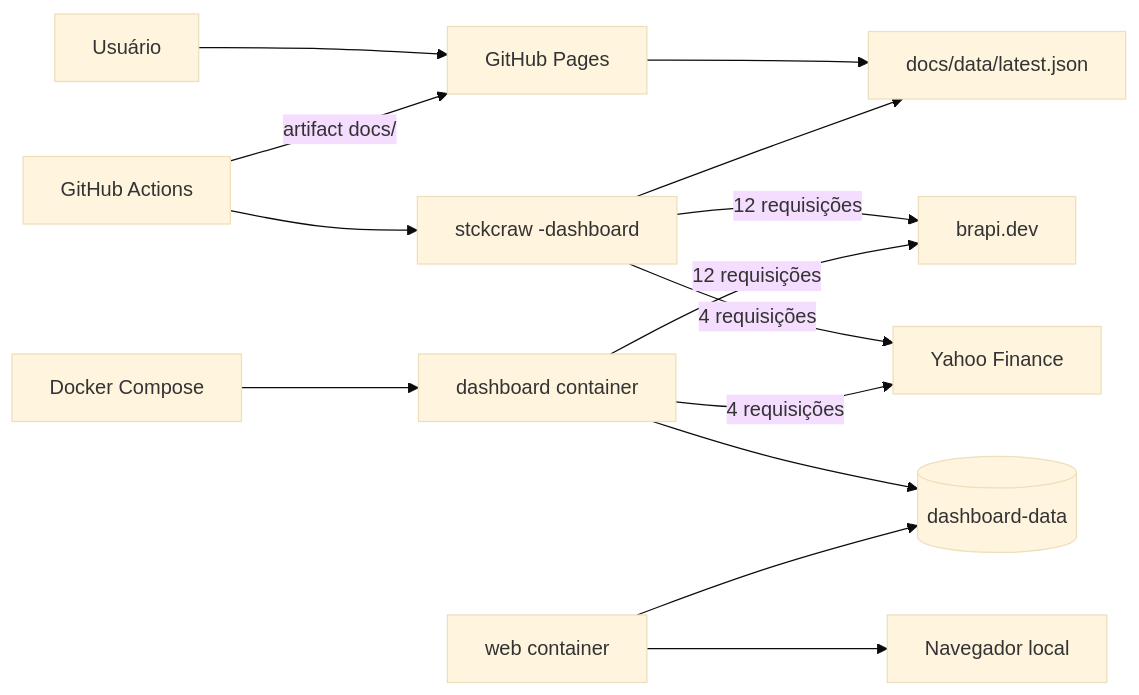
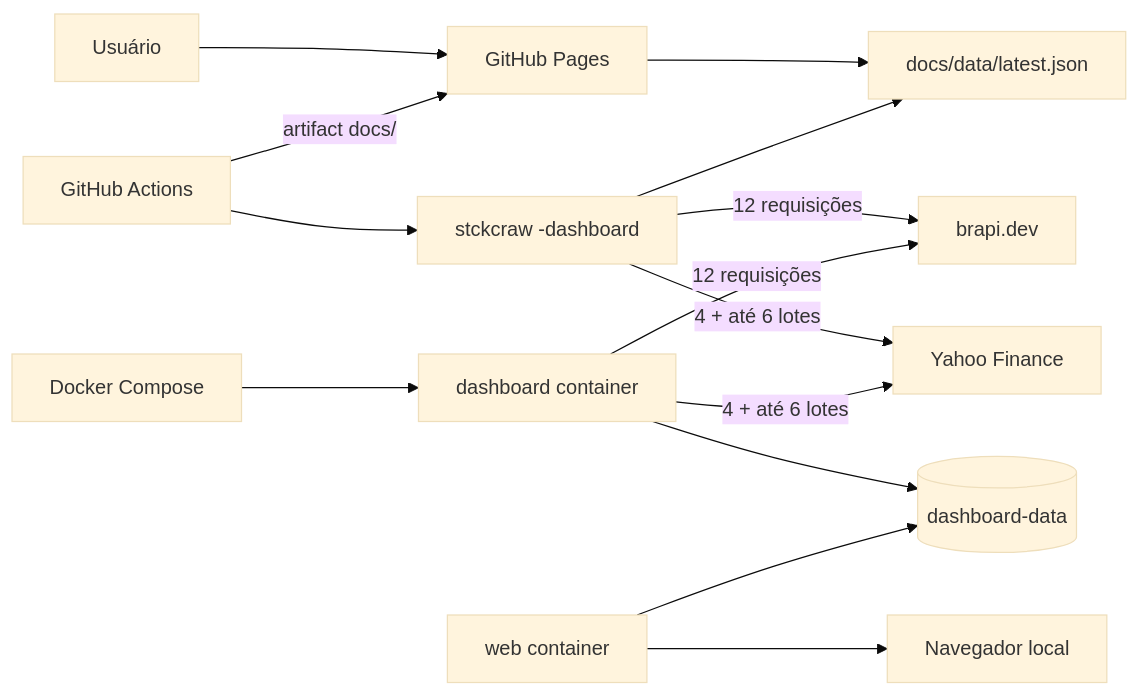
The first of 9 diagrams in docs/architecture.md (fabianoflorentino/stckcraw), drawn with Mermaid (base theme) before and after one commit. The commit also changed other lines of this file and 11 other files, not shown here.

First line of the commit message:
feat(dashboard): add daily charts for indices and assets

````diff
--- a/docs/architecture.md
+++ b/docs/architecture.md
@@ -18,16 +18,16 @@
 ```mermaid
 flowchart LR
   user["Usuário"] --> pages["GitHub Pages"]
   pages --> data["docs/data/latest.json"]
   actions["GitHub Actions"] --> crawler["stckcraw -dashboard"]
   crawler -->|12 requisições| brapi["brapi.dev"]
-  crawler -->|4 requisições| yahoo["Yahoo Finance"]
+  crawler -->|4 + até 6 lotes| yahoo["Yahoo Finance"]
   crawler --> data
   actions -->|artifact docs/| pages
   local["Docker Compose"] --> localCrawler["dashboard container"]
   localCrawler -->|12 requisições| brapi
-  localCrawler -->|4 requisições| yahoo
+  localCrawler -->|4 + até 6 lotes| yahoo
   localCrawler --> volume[("dashboard-data")]
   localWeb["web container"] --> volume
   localWeb --> browser["Navegador local"]
 ```
````
